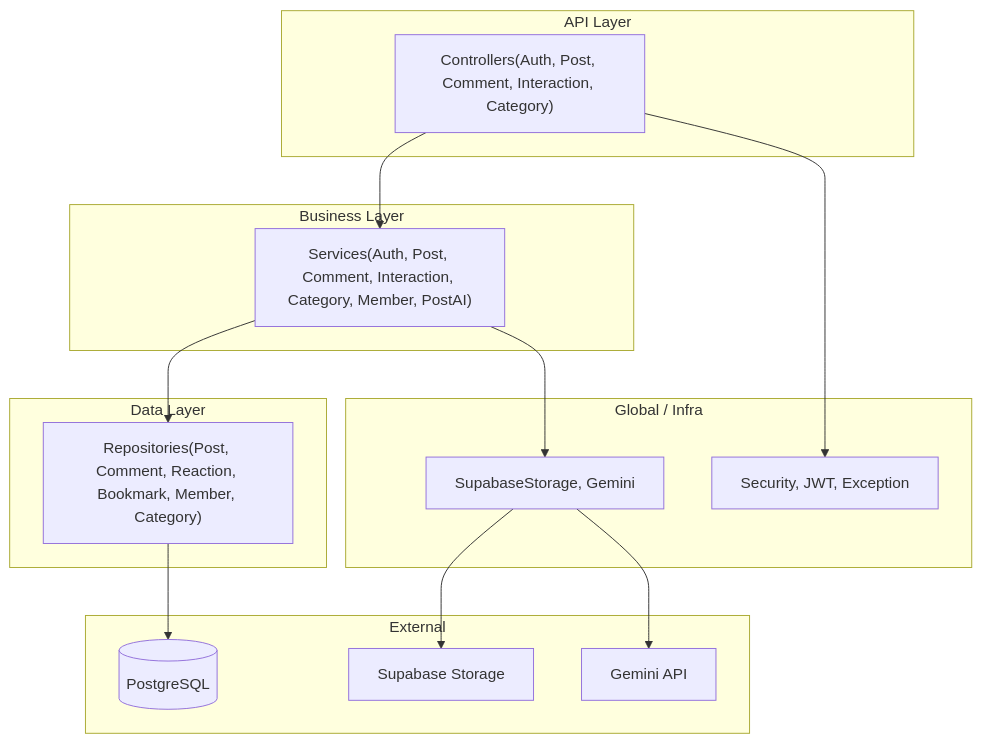
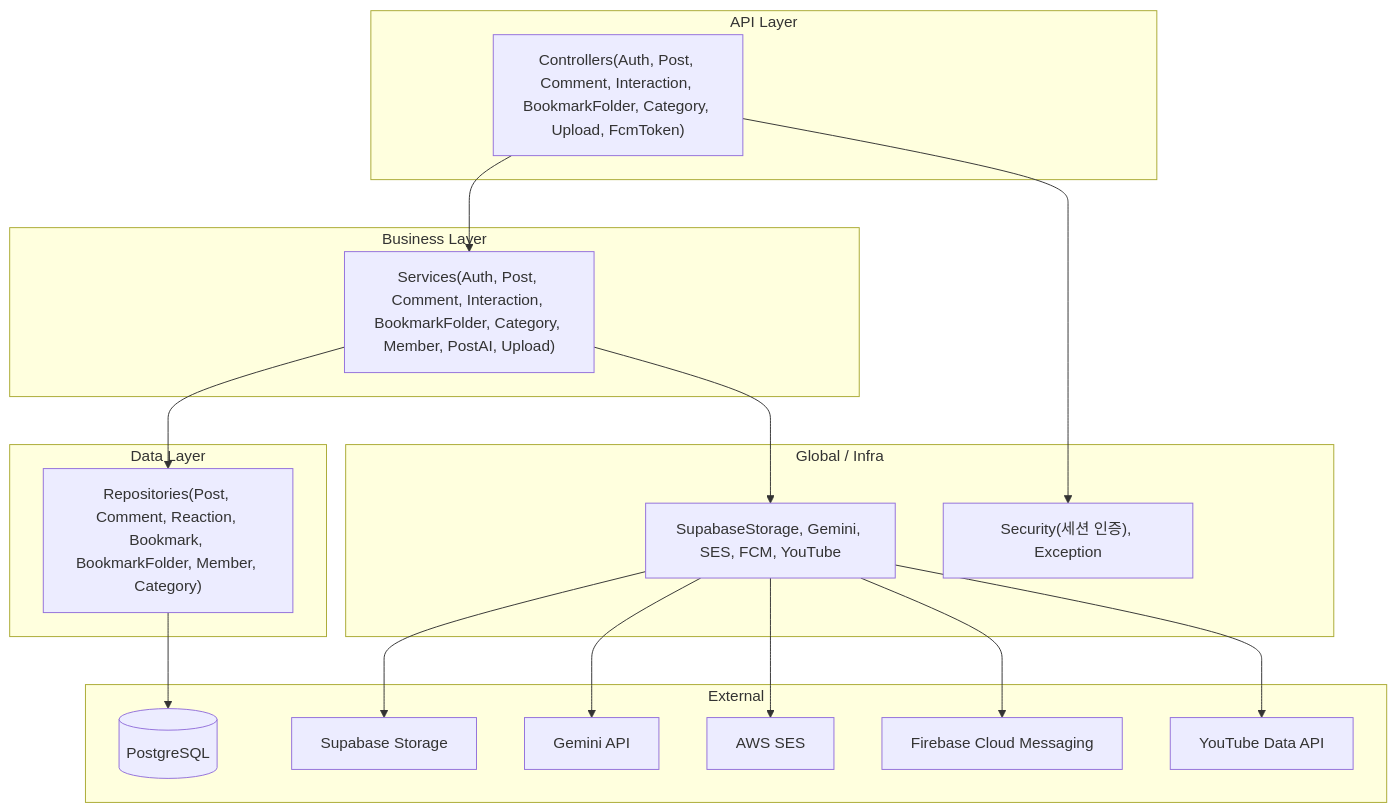
One commit to BAECHAN/link-sphere_FE_NEW changed the fourth of 4 diagrams in docs/SYSTEM-ARCHITECTURE.md. Above: the diagram before and after it, drawn with Mermaid. The commit also changed other lines of this file and 26 other files, not shown here.

First line of the commit message:
docs(fe): AUTH·FE-ARCHITECTURE·CLAUDE.md 등 22개 문서 코드 동기화 (#251)

````diff
--- a/docs/SYSTEM-ARCHITECTURE.md
+++ b/docs/SYSTEM-ARCHITECTURE.md
@@ -201,28 +228,34 @@
 ```mermaid
 flowchart TB
   subgraph layer1 [API Layer]
-    CTRL["Controllers(Auth, Post, Comment, Interaction, Category)"]
+    CTRL["Controllers(Auth, Post, Comment, Interaction, BookmarkFolder, Category, Upload, FcmToken)"]
   end
   subgraph layer2 [Business Layer]
-    SVC["Services(Auth, Post, Comment, Interaction, Category, Member, PostAI)"]
+    SVC["Services(Auth, Post, Comment, Interaction, BookmarkFolder, Category, Member, PostAI, Upload)"]
   end
   subgraph layer3 [Data Layer]
-    REPO["Repositories(Post, Comment, Reaction, Bookmark, Member, Category)"]
+    REPO["Repositories(Post, Comment, Reaction, Bookmark, BookmarkFolder, Member, Category)"]
   end
   subgraph infra [Global / Infra]
-    SEC["Security, JWT, Exception"]
-    EXT["SupabaseStorage, Gemini"]
+    SEC["Security(세션 인증), Exception"]
+    EXT["SupabaseStorage, Gemini, SES, FCM, YouTube"]
   end
   subgraph external [External]
     DB[(PostgreSQL)]
     STORAGE[Supabase Storage]
     GEMINI[Gemini API]
+    SES_EXT[AWS SES]
+    FCM_EXT[Firebase Cloud Messaging]
+    YOUTUBE_EXT[YouTube Data API]
   end
   CTRL --> SVC
   SVC --> REPO
   SVC --> EXT
   CTRL --> SEC
   REPO --> DB
   EXT --> STORAGE
   EXT --> GEMINI
+  EXT --> SES_EXT
+  EXT --> FCM_EXT
+  EXT --> YOUTUBE_EXT
 ```
````
